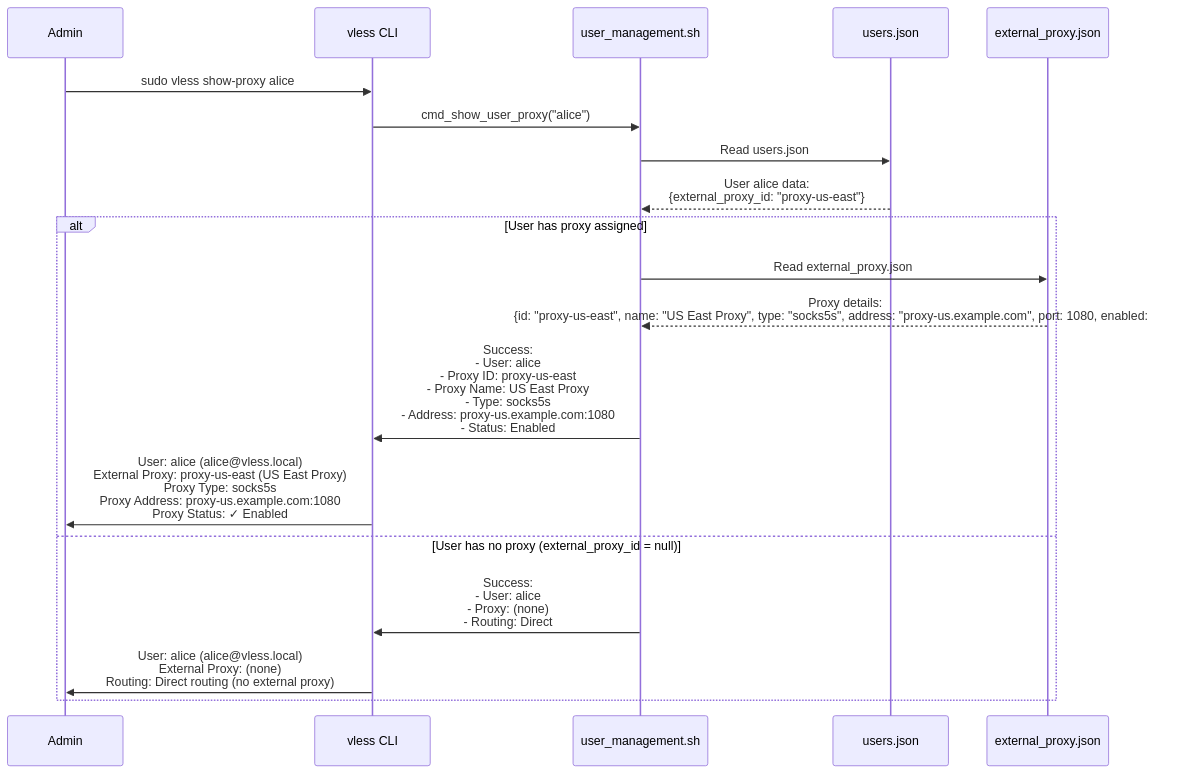
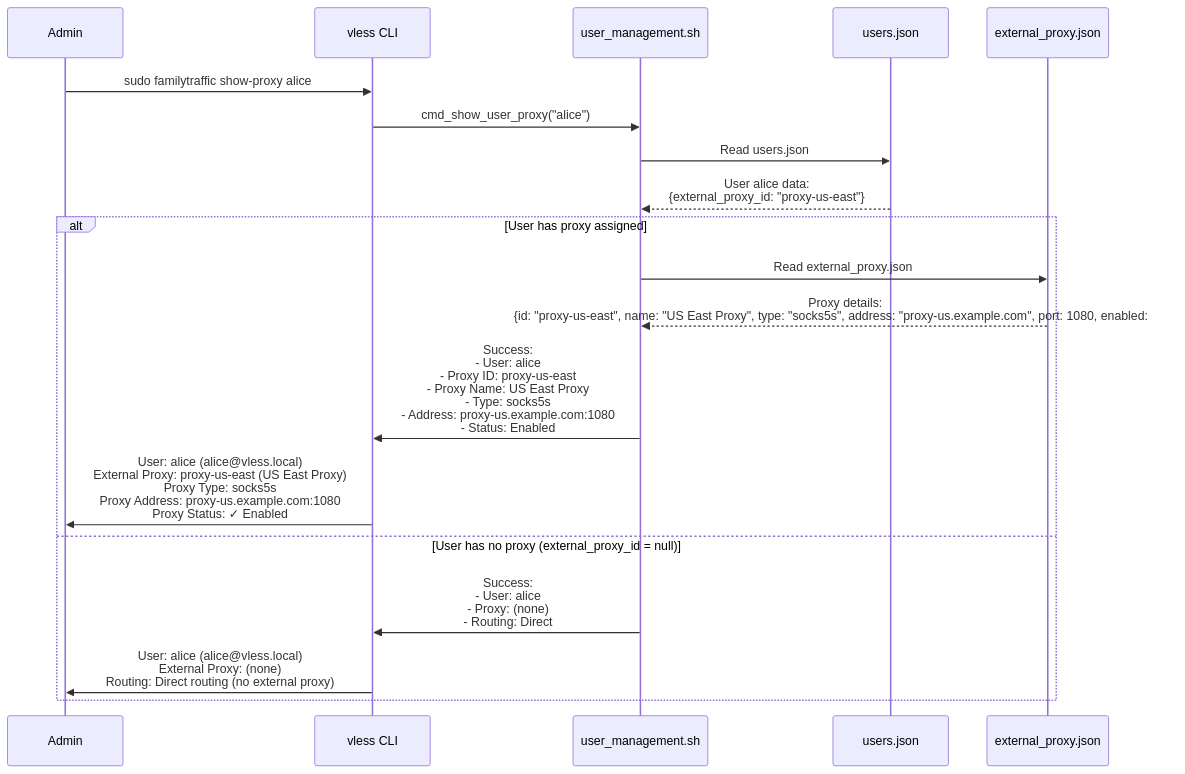
One commit to ikeniborn/vless changed the fourth of 9 diagrams in docs/architecture/diagrams/sequences/proxy-assignment.md. Above: the diagram before and after it, drawn with Mermaid. The commit also changed other lines of this file and 66 other files, not shown here.

First line of the commit message:
refactor(rename): replace old project name 'vless' with 'familytraffic'

````diff
--- a/docs/architecture/diagrams/sequences/proxy-assignment.md
+++ b/docs/architecture/diagrams/sequences/proxy-assignment.md
@@ -244,26 +244,26 @@
 ```mermaid
 sequenceDiagram
     participant Admin
     participant CLI as vless CLI
     participant UserMgmt as user_management.sh
     participant UsersDB as users.json
     participant ProxyDB as external_proxy.json
 
-    Admin->>CLI: sudo vless show-proxy alice
+    Admin->>CLI: sudo familytraffic show-proxy alice
 
     CLI->>UserMgmt: cmd_show_user_proxy("alice")
 
     UserMgmt->>UsersDB: Read users.json
     UsersDB-->>UserMgmt: User alice data:<br/>{external_proxy_id: "proxy-us-east"}
 
     alt User has proxy assigned
         UserMgmt->>ProxyDB: Read external_proxy.json
         ProxyDB-->>UserMgmt: Proxy details:<br/>{id: "proxy-us-east", name: "US East Proxy", type: "socks5s", address: "proxy-us.example.com", port: 1080, enabled: true}
 
         UserMgmt->>CLI: Success:<br/>- User: alice<br/>- Proxy ID: proxy-us-east<br/>- Proxy Name: US East Proxy<br/>- Type: socks5s<br/>- Address: proxy-us.example.com:1080<br/>- Status: Enabled
         CLI->>Admin: User: alice (alice@vless.local)<br/>External Proxy: proxy-us-east (US East Proxy)<br/>Proxy Type: socks5s<br/>Proxy Address: proxy-us.example.com:1080<br/>Proxy Status: ✓ Enabled
     else User has no proxy (external_proxy_id = null)
         UserMgmt->>CLI: Success:<br/>- User: alice<br/>- Proxy: (none)<br/>- Routing: Direct
         CLI->>Admin: User: alice (alice@vless.local)<br/>External Proxy: (none)<br/>Routing: Direct routing (no external proxy)
     end
 ```
````
